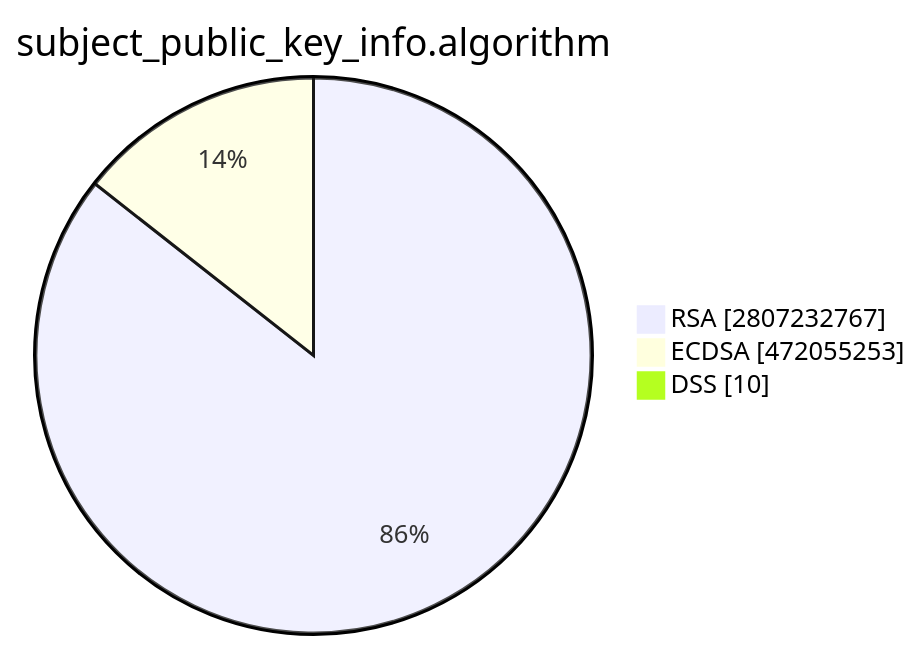
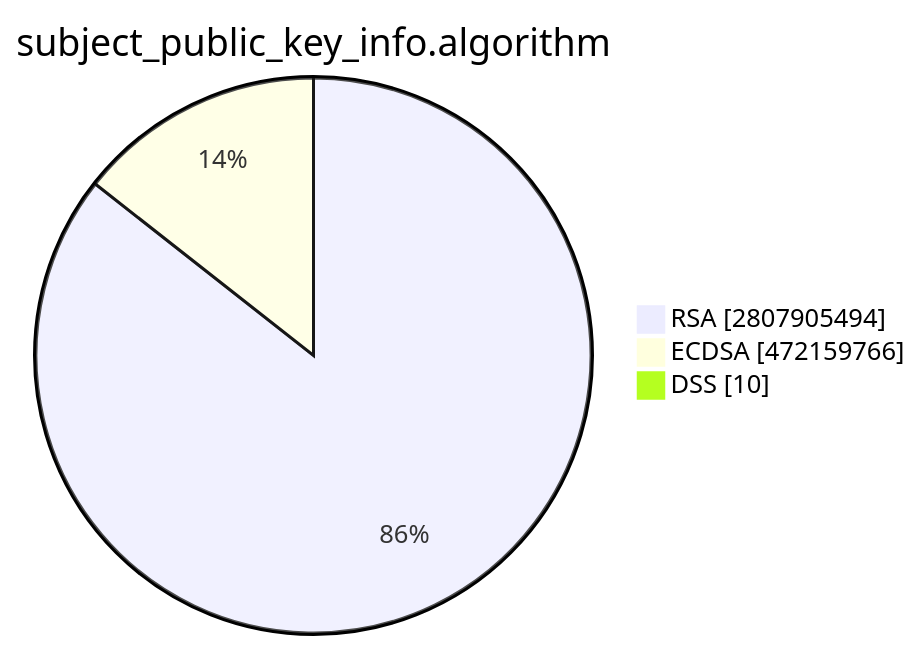
Before and after one commit to christiankrug/ctmonitor_visualization: the second of 15 diagrams in TOTAL/README.md, drawn with Mermaid. The commit also changed other lines of this file, not shown here.

````diff
--- a/TOTAL/README.md
+++ b/TOTAL/README.md
@@ -6,7 +6,7 @@
 ```mermaid
 pie showData
 title subject_public_key_info.algorithm
-"RSA" :2807232767
-"ECDSA" :472055253
+"RSA" :2807905494
+"ECDSA" :472159766
 "DSS" :10
 ```
````
